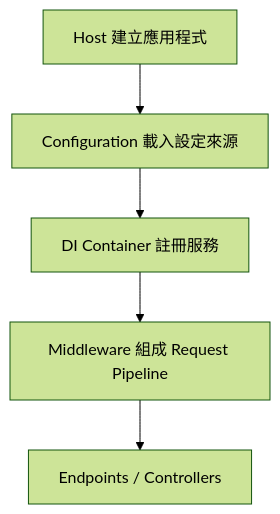
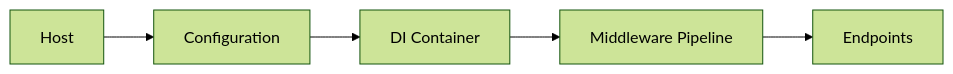
The first of 6 diagrams in slides.md (davelin18yufan/dotnet_core_intro), drawn with Mermaid (forest theme) before and after one commit. The commit also changed other lines of this file and 1 other file, not shown here.

````diff
--- a/slides.md
+++ b/slides.md
@@ -237,7 +270,4 @@
 ```mermaid
-flowchart TD
-    A[Host 建立應用程式] --> B[Configuration 載入設定來源]
-    B --> C[DI Container 註冊服務]
-    C --> D[Middleware 組成 Request Pipeline]
-    D --> E[Endpoints / Controllers]
+flowchart LR
+    A[Host] --> B[Configuration] --> C[DI Container] --> D[Middleware Pipeline] --> E[Endpoints]
 ```
````
